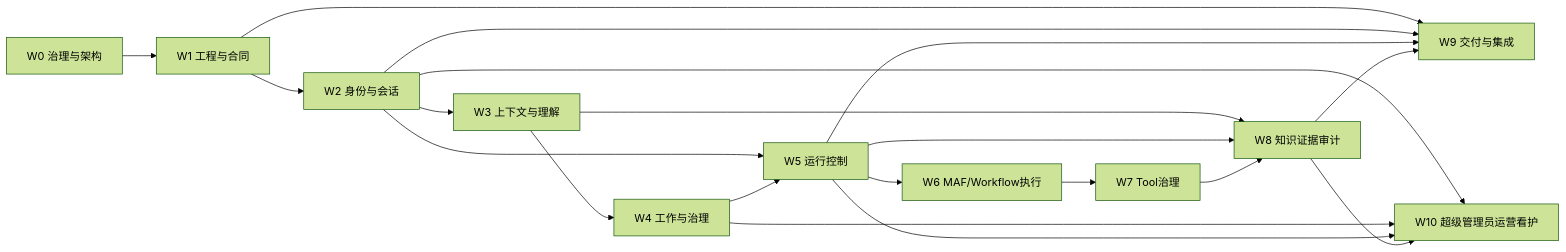
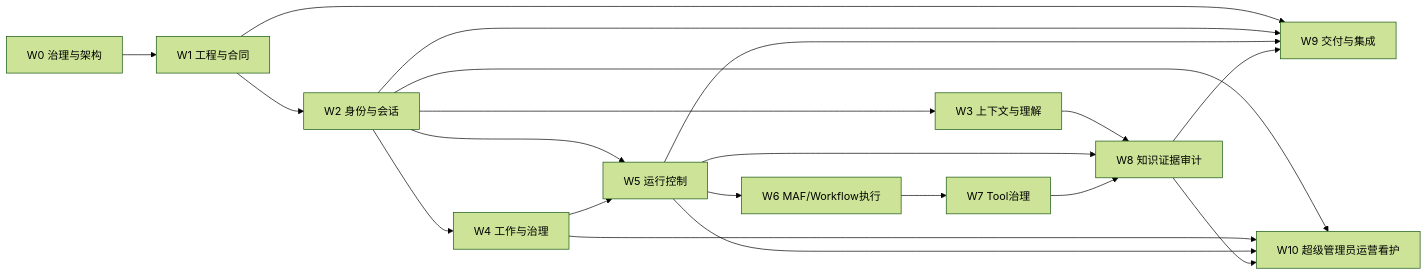
The diagram in PROJECT_PLAN.md (later-3/Chat), drawn with Mermaid (forest theme) before and after one commit. The commit also changed other lines of this file and 70 other files, not shown here.

````diff
--- a/PROJECT_PLAN.md
+++ b/PROJECT_PLAN.md
@@ -39,22 +47,22 @@
 ```mermaid
 flowchart LR
     W0["W0 治理与架构"] --> W1["W1 工程与合同"]
     W1 --> W2["W2 身份与会话"]
     W2 --> W3["W3 上下文与理解"]
-    W3 --> W4["W4 工作与治理"]
+    W2 --> W4["W4 工作与治理"]
     W2 --> W5["W5 运行控制"]
     W4 --> W5
     W5 --> W6["W6 MAF/Workflow执行"]
     W6 --> W7["W7 Tool治理"]
     W3 --> W8["W8 知识证据审计"]
     W5 --> W8
     W7 --> W8
     W1 --> W9["W9 交付与集成"]
     W2 --> W9
     W5 --> W9
     W8 --> W9
     W2 --> W10["W10 超级管理员运营看护"]
     W4 --> W10
     W5 --> W10
     W8 --> W10
 ```
````
